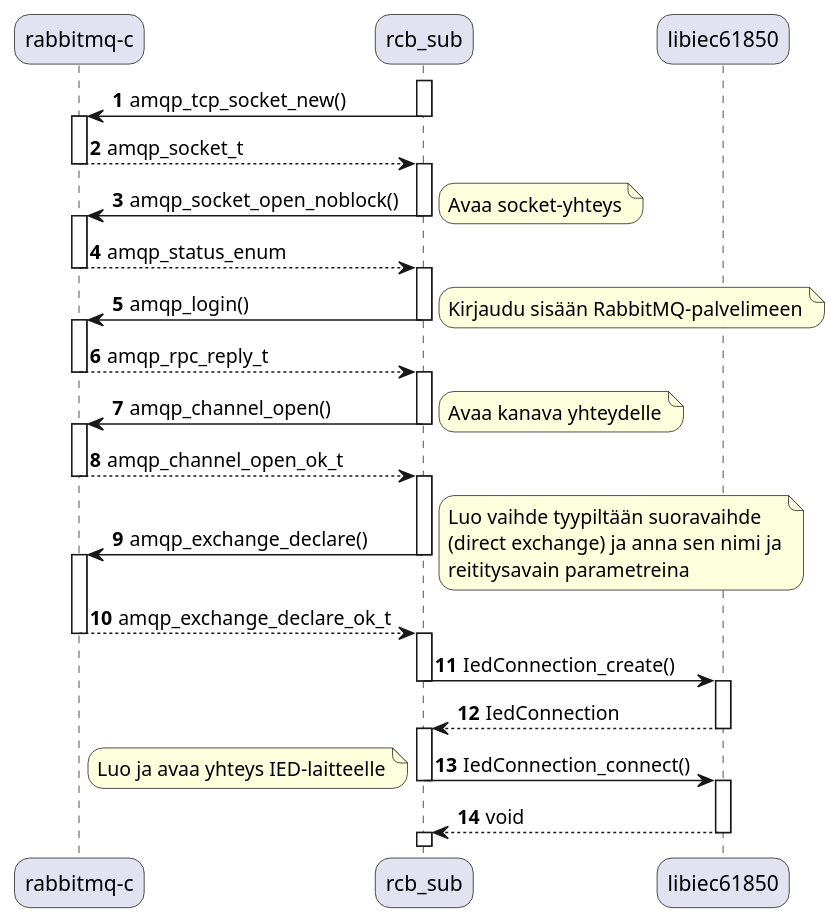
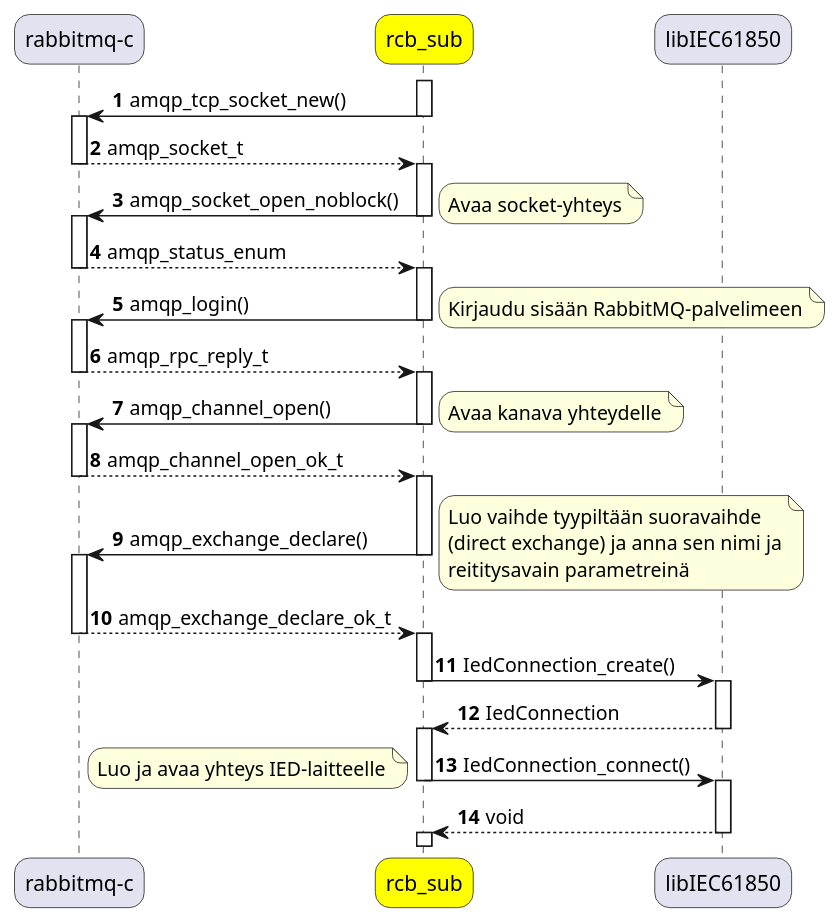
One commit to Kazhuu/tut_master_thesis changed the diagram in uml/rcb-sub-open-connections.puml. Above: the diagram before and after it, drawn with PlantUML. The commit also changed 17 other files, not shown here.

```diff
--- a/uml/rcb-sub-open-connections.puml
+++ b/uml/rcb-sub-open-connections.puml
@@ -1,70 +1,70 @@
 @startuml
 autonumber
 
 skinparam roundcorner 20
 
 participant "rabbitmq-c" as mqc
-participant "rcb_sub" as rcbsub
-participant "libiec61850" as libiec
+participant "rcb_sub" as rcbsub #Yellow
+participant "libIEC61850" as libiec
 
 activate rcbsub
 rcbsub -> mqc : amqp_tcp_socket_new()
 deactivate rcbsub
 activate mqc
 mqc --> rcbsub : amqp_socket_t
 deactivate mqc
 activate rcbsub
 rcbsub -> mqc : amqp_socket_open_noblock()
 deactivate rcbsub
 activate mqc
 note right
 	Avaa socket-yhteys
 end note
 mqc --> rcbsub : amqp_status_enum
 deactivate mqc
 activate rcbsub
 rcbsub -> mqc : amqp_login()
 deactivate rcbsub
 activate mqc
 note right
 	Kirjaudu sisään RabbitMQ-palvelimeen
 end note
 mqc --> rcbsub : amqp_rpc_reply_t
 deactivate mqc
 activate rcbsub
 rcbsub -> mqc : amqp_channel_open()
 deactivate rcbsub
 activate mqc
 note right
 	Avaa kanava yhteydelle
 end note
 mqc --> rcbsub : amqp_channel_open_ok_t
 deactivate mqc
 activate rcbsub
 rcbsub -> mqc : amqp_exchange_declare()
 deactivate rcbsub
 activate mqc
 note right
 	Luo vaihde tyypiltään suoravaihde
 	(direct exchange) ja anna sen nimi ja
-	reititysavain parametreina
+	reititysavain parametreinä
 end note
 mqc --> rcbsub : amqp_exchange_declare_ok_t
 deactivate mqc
 activate rcbsub
 rcbsub -> libiec : IedConnection_create()
 deactivate rcbsub
 activate libiec
 libiec --> rcbsub : IedConnection
 deactivate libiec
 activate rcbsub
 rcbsub -> libiec : IedConnection_connect()
 deactivate rcbsub
 activate libiec
 note left
 	Luo ja avaa yhteys IED-laitteelle
 end note
 libiec --> rcbsub : void
 deactivate libiec
 activate rcbsub
 @enduml
```
